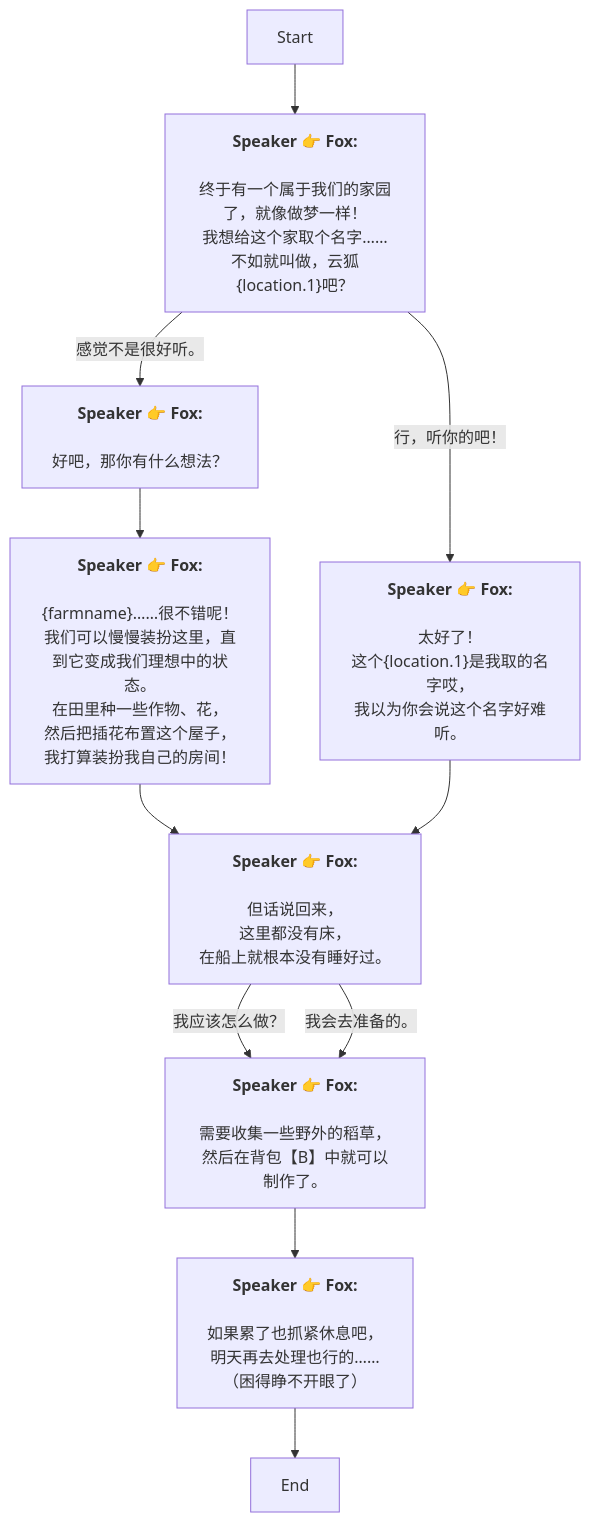
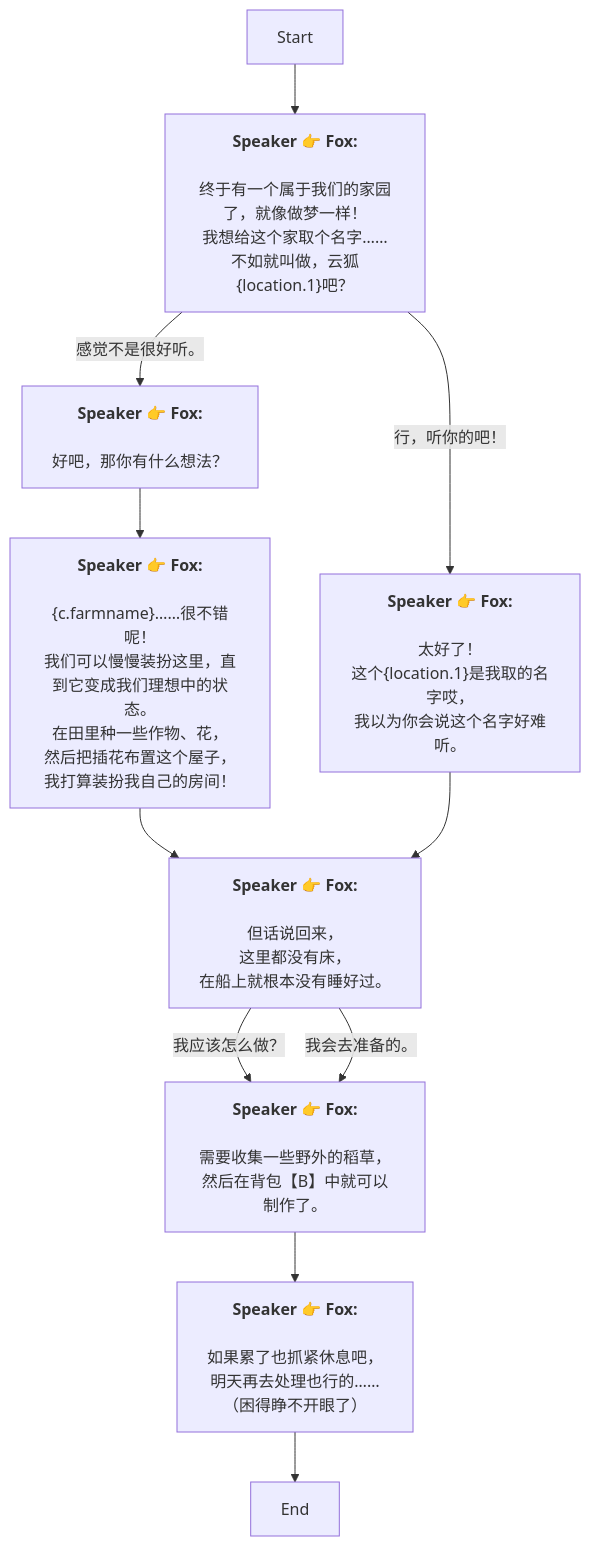
The diagram in Zh/QuestApproachDialogNode_1738387322740858.md (SoftHu/tos_avg), drawn with Mermaid before and after one commit. The commit also changed 410 other files, not shown here.

````diff
--- a/Zh/QuestApproachDialogNode_1738387322740858.md
+++ b/Zh/QuestApproachDialogNode_1738387322740858.md
@@ -1,37 +1,37 @@
 ```mermaid
 graph
 Start -->1738387958398078[<b>Speaker 👉 Fox:</b>
 \n终于有一个属于我们的家园了，就像做梦一样！
 我想给这个家取个名字……\n不如就叫做，云狐&lbrace;location.1&rbrace;吧？]
 1738387958398078 -->|感觉不是很好听。|1738388286156932[<b>Speaker 👉 Fox:</b>
 \n好吧，那你有什么想法？]
 1738387958398078 -->|行，听你的吧！|1738388341011589[<b>Speaker 👉 Fox:</b>
 \n太好了！
 这个&lbrace;location.1&rbrace;是我取的名字哎，
 我以为你会说这个名字好难听。]
 1738388286156932 -->1738995967017127[<b>Speaker 👉 Fox:</b>
-\n&lbrace;farmname&rbrace;……很不错呢！
+\n&lbrace;c.farmname&rbrace;……很不错呢！
 我们可以慢慢装扮这里，直到它变成我们理想中的状态。\n在田里种一些作物、花，
 然后把插花布置这个屋子，
 我打算装扮我自己的房间！]
 1738995967017127 -->1738388426918022[<b>Speaker 👉 Fox:</b>
 \n但话说回来，
 这里都没有床，
 在船上就根本没有睡好过。]
 1738388426918022 -->|我应该怎么做？|1738388688796813[<b>Speaker 👉 Fox:</b>
 \n需要收集一些野外的稻草，
 然后在背包【B】中就可以制作了。]
 1738388426918022 -->|我会去准备的。|1738388688796813[<b>Speaker 👉 Fox:</b>
 \n需要收集一些野外的稻草，
 然后在背包【B】中就可以制作了。]
 1738388688796813 -->1738388750465166[<b>Speaker 👉 Fox:</b>
 \n如果累了也抓紧休息吧，
 明天再去处理也行的……
 （困得睁不开眼了）]
 1738388750465166 -->1738387476879485[End]
 1738388341011589 -->1738388426918022[<b>Speaker 👉 Fox:</b>
 \n但话说回来，
 这里都没有床，
 在船上就根本没有睡好过。]
 
 ```
````
